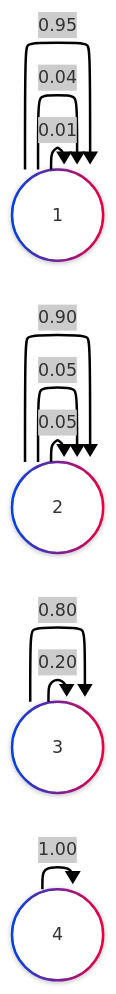
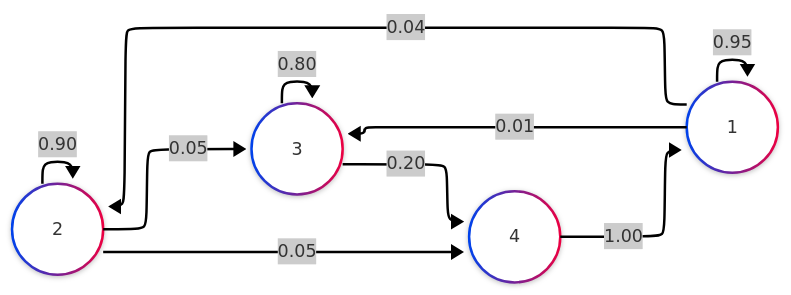
One commit to Dimitri20007/projet_graphe_markov_SDD changed the diagram in data/graphe_mermaid.mmd. Above: the diagram before and after it, drawn with Mermaid. The commit also changed 3 other files, not shown here.

Commit message:
erreur mermaid

```diff
--- a/data/graphe_mermaid.mmd
+++ b/data/graphe_mermaid.mmd
@@ -1,20 +1,20 @@
 ---
 config:
  layout: elk
  theme: neo
  look: neo
 ---
 flowchart LR
 A((1))
 B((2))
 C((3))
 D((4))
-A -->|0.01|A
-A -->|0.04|A
+A -->|0.01|C
+A -->|0.04|B
 A -->|0.95|A
-B -->|0.05|B
-B -->|0.05|B
+B -->|0.05|D
+B -->|0.05|C
 B -->|0.90|B
-C -->|0.20|C
+C -->|0.20|D
 C -->|0.80|C
-D -->|1.00|D
+D -->|1.00|A
```
